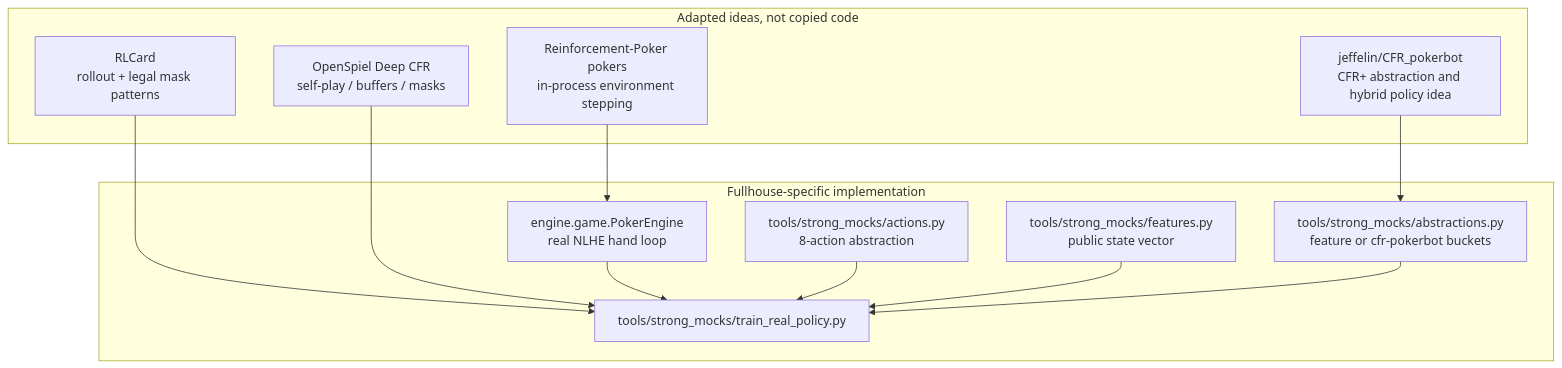
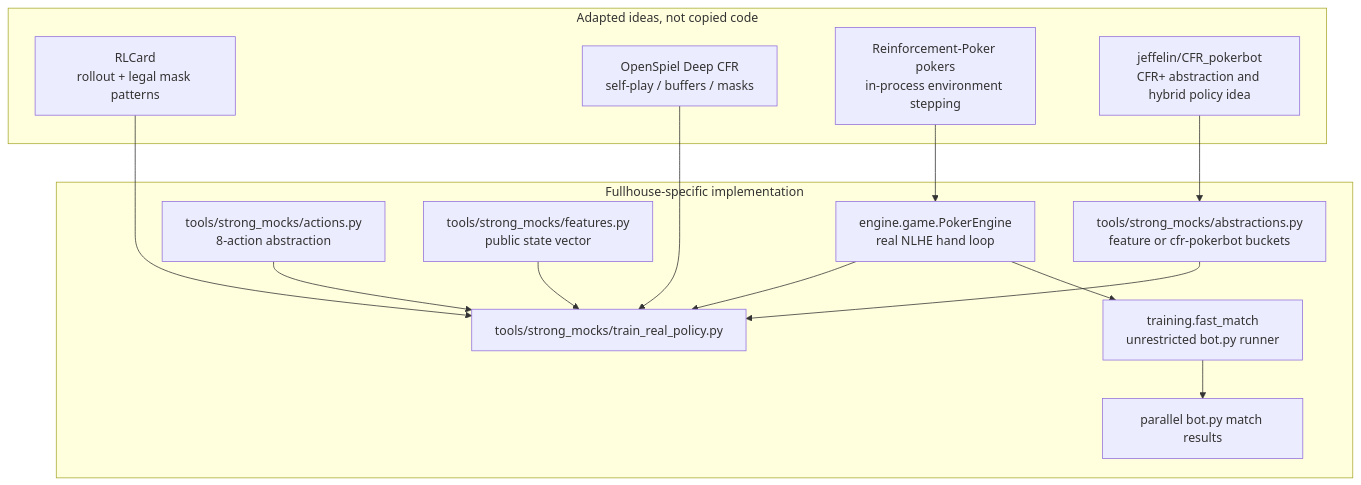
One commit to kosunghun317/fullhouse-engine changed the first of 2 diagrams in docs/real-training-pipeline-plan.md. Above: the diagram before and after it, drawn with Mermaid. The commit also changed other lines of this file and 13 other files, not shown here.

Commit message:
feat: add unlimited fast training runner

````diff
--- a/docs/real-training-pipeline-plan.md
+++ b/docs/real-training-pipeline-plan.md
@@ -90,26 +101,30 @@
 ```mermaid
 graph TB
     subgraph Sources["Adapted ideas, not copied code"]
         RLCard["RLCard\nrollout + legal mask patterns"]
         OpenSpiel["OpenSpiel Deep CFR\nself-play / buffers / masks"]
         Pokers["Reinforcement-Poker pokers\nin-process environment stepping"]
         CFRPokerbot["jeffelin/CFR_pokerbot\nCFR+ abstraction and hybrid policy idea"]
     end
 
     subgraph FullhouseAdaptation["Fullhouse-specific implementation"]
         Engine["engine.game.PokerEngine\nreal NLHE hand loop"]
+        FastRunner["training.fast_match\nunrestricted bot.py runner"]
+        FastResults["parallel bot.py match results"]
         Actions["tools/strong_mocks/actions.py\n8-action abstraction"]
         Features["tools/strong_mocks/features.py\npublic state vector"]
         Abstractions["tools/strong_mocks/abstractions.py\nfeature or cfr-pokerbot buckets"]
         Trainer["tools/strong_mocks/train_real_policy.py"]
     end
 
     RLCard --> Trainer
     OpenSpiel --> Trainer
     Pokers --> Engine
     CFRPokerbot --> Abstractions
     Engine --> Trainer
+    Engine --> FastRunner
+    FastRunner --> FastResults
     Actions --> Trainer
     Features --> Trainer
     Abstractions --> Trainer
 ```
````
